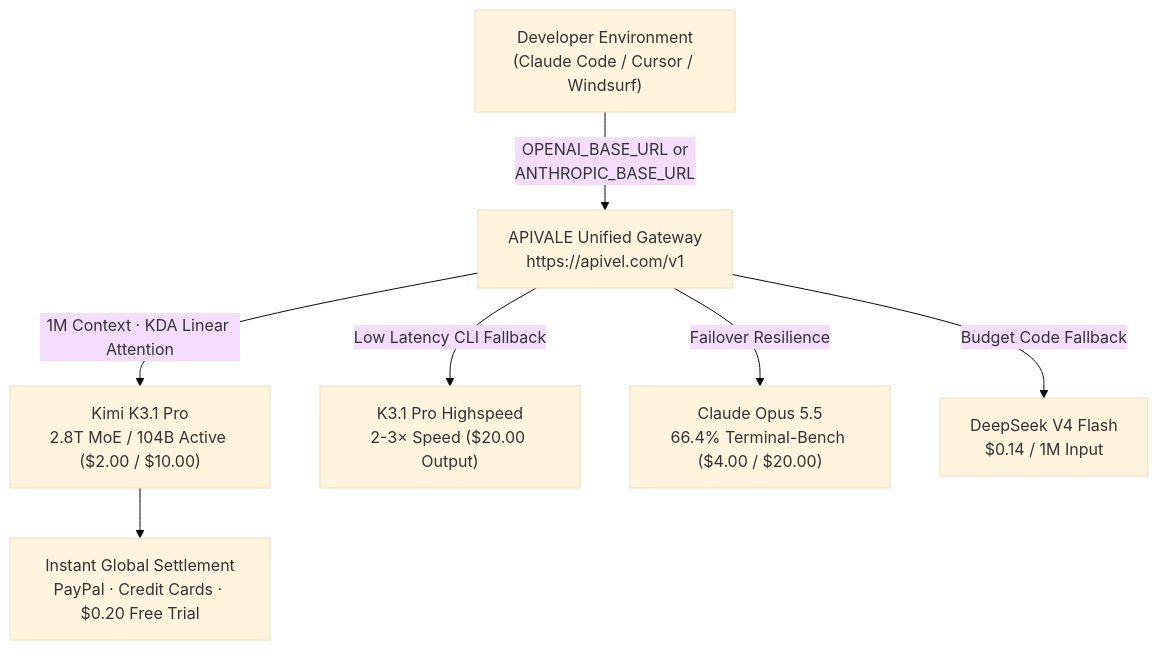
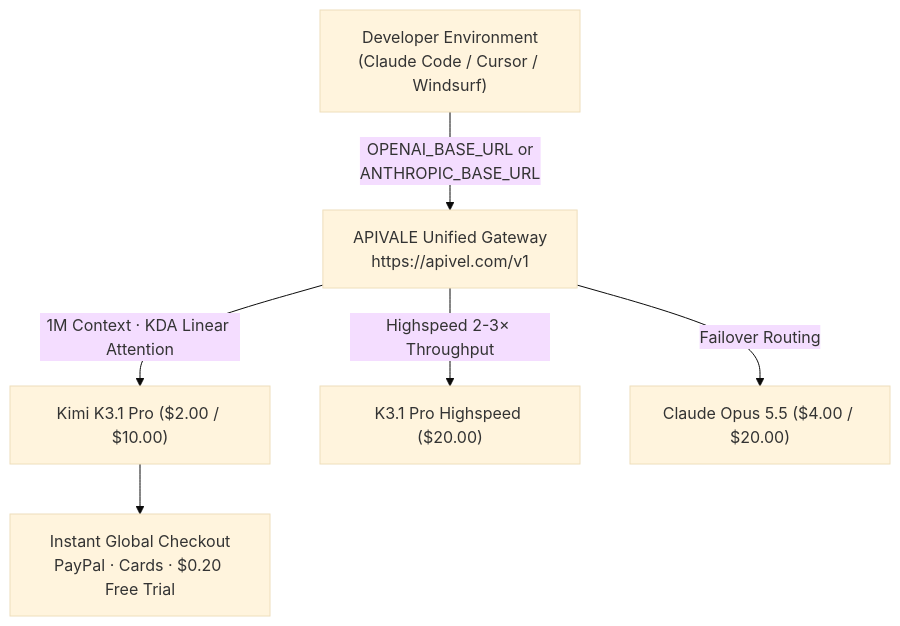
One commit to bshx2024/apivel_blog changed the diagram in src/content/blog/kimi-k3-1-pro-pricing-benchmarks-api-access.md. Above: the diagram before and after it, drawn with Mermaid (base theme). The commit also changed other lines of this file, not shown here.

````diff
--- a/src/content/blog/kimi-k3-1-pro-pricing-benchmarks-api-access.md
+++ b/src/content/blog/kimi-k3-1-pro-pricing-benchmarks-api-access.md
@@ -43,9 +43,8 @@
 ```mermaid
 graph TD
     A["Developer Environment<br/>(Claude Code / Cursor / Windsurf)"] -->|"OPENAI_BASE_URL or<br/>ANTHROPIC_BASE_URL"| B["APIVALE Unified Gateway<br/>https://apivel.com/v1"]
-    B -->|"1M Context · KDA Linear Attention"| C["Kimi K3.1 Pro<br/>2.8T MoE / 104B Active ($2.00 / $10.00)"]
-    B -->|"Low Latency CLI Fallback"| D["K3.1 Pro Highspeed<br/>2-3× Speed ($20.00 Output)"]
-    B -->|"Failover Resilience"| E["Claude Opus 5.5<br/>66.4% Terminal-Bench ($4.00 / $20.00)"]
-    B -->|"Budget Code Fallback"| F["DeepSeek V4 Flash<br/>$0.14 / 1M Input"]
-    C --> G["Instant Global Settlement<br/>PayPal · Credit Cards · $0.20 Free Trial"]
+    B -->|"1M Context · KDA Linear Attention"| C["Kimi K3.1 Pro ($2.00 / $10.00)"]
+    B -->|"Highspeed 2-3× Throughput"| D["K3.1 Pro Highspeed ($20.00)"]
+    B -->|"Failover Routing"| E["Claude Opus 5.5 ($4.00 / $20.00)"]
+    C --> F["Instant Global Checkout<br/>PayPal · Cards · $0.20 Free Trial"]
 ```
````
